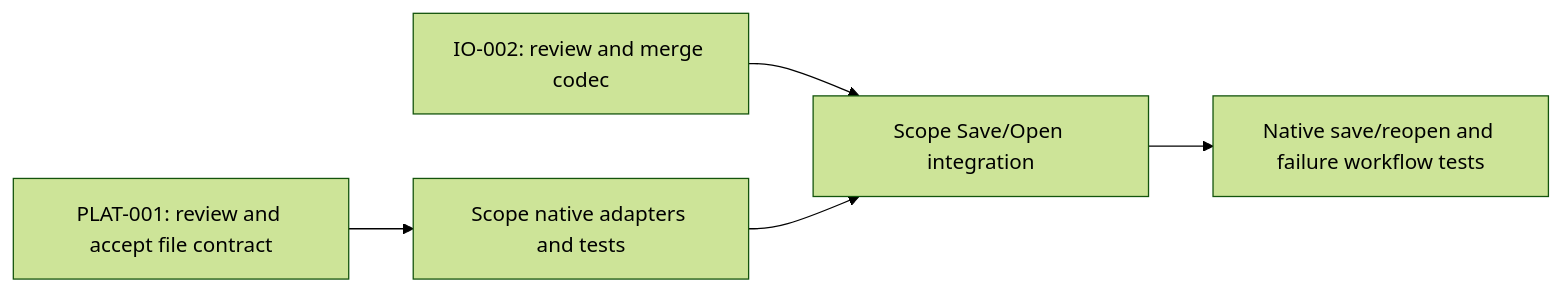
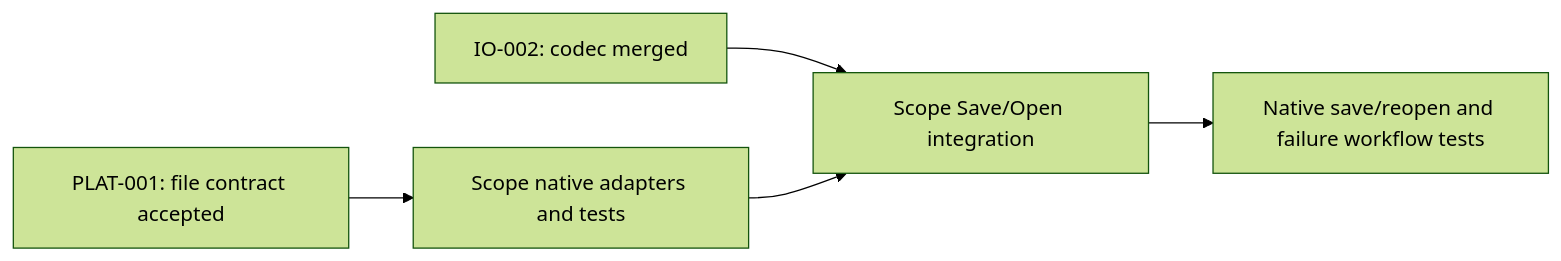
Before and after one commit to JnJarvis/open-simphy: the second of 2 diagrams in tasks/graph.md, drawn with Mermaid (forest theme). The commit also changed other lines of this file and 2 other files, not shown here.

Commit message:
Record approved codec and file contract completion

````diff
--- a/tasks/graph.md
+++ b/tasks/graph.md
@@ -98,7 +100,7 @@
 ```mermaid
 flowchart LR
-  codec["IO-002: review and merge codec"] --> app["Scope Save/Open integration"]
-  contract["PLAT-001: review and accept file contract"] --> adapters["Scope native adapters and tests"]
+  codec["IO-002: codec merged"] --> app["Scope Save/Open integration"]
+  contract["PLAT-001: file contract accepted"] --> adapters["Scope native adapters and tests"]
   adapters --> app
   app --> smoke["Native save/reopen and failure workflow tests"]
 ```
````
